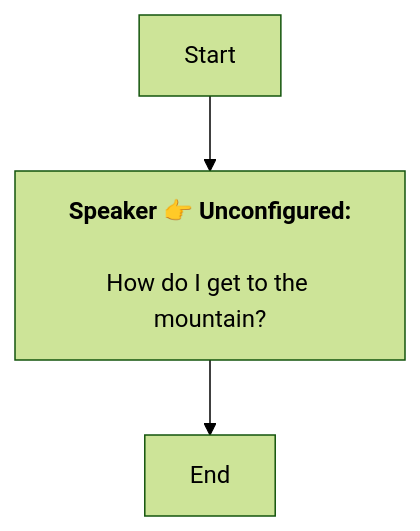
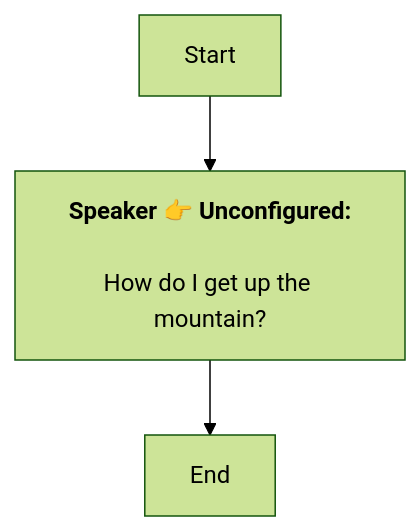
Before and after one commit to SoftHu/tos_avg: the diagram in En/Dialog_54440129066337.md, drawn with Mermaid (forest theme). The commit also changed 297 other files, not shown here.

````diff
--- a/En/Dialog_54440129066337.md
+++ b/En/Dialog_54440129066337.md
@@ -1,8 +1,8 @@
 ```mermaid
 graph
 Start -->1742084154475777[<b>Speaker 👉 Unconfigured:</b>
 
-How do I get to the mountain?]
+How do I get up the mountain?]
 1742084154475777 -->1742084154475778[End]
 
  ```
````
